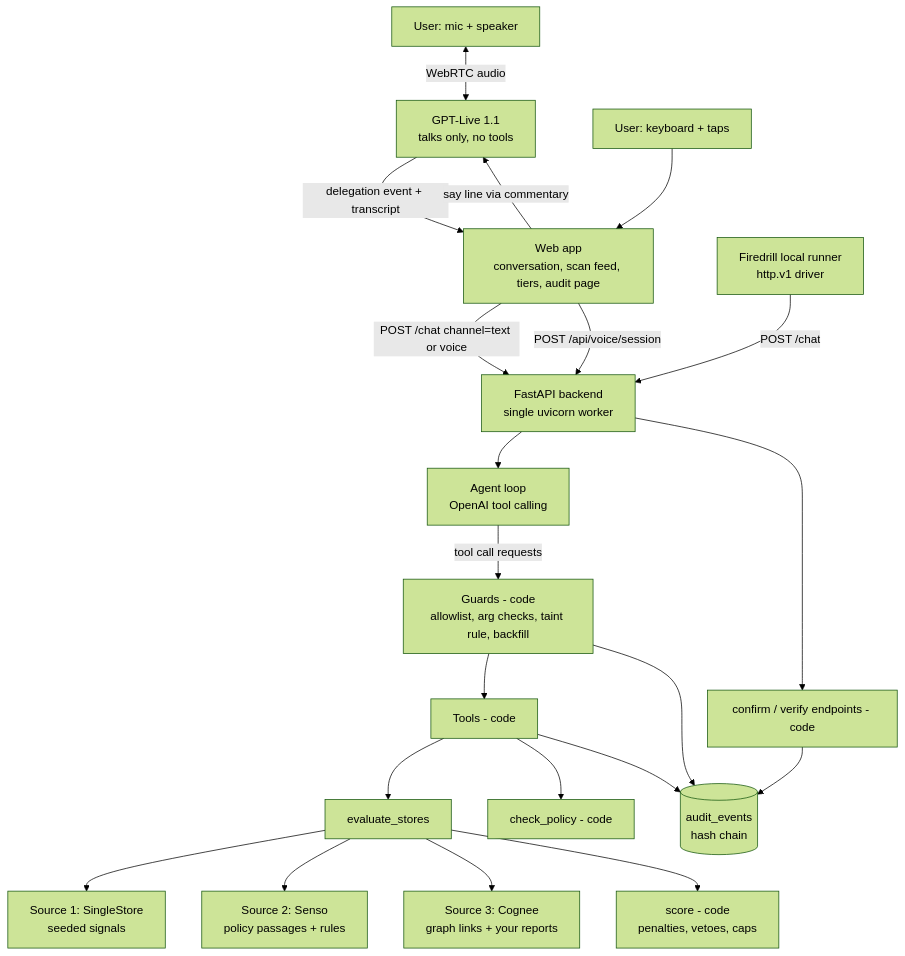
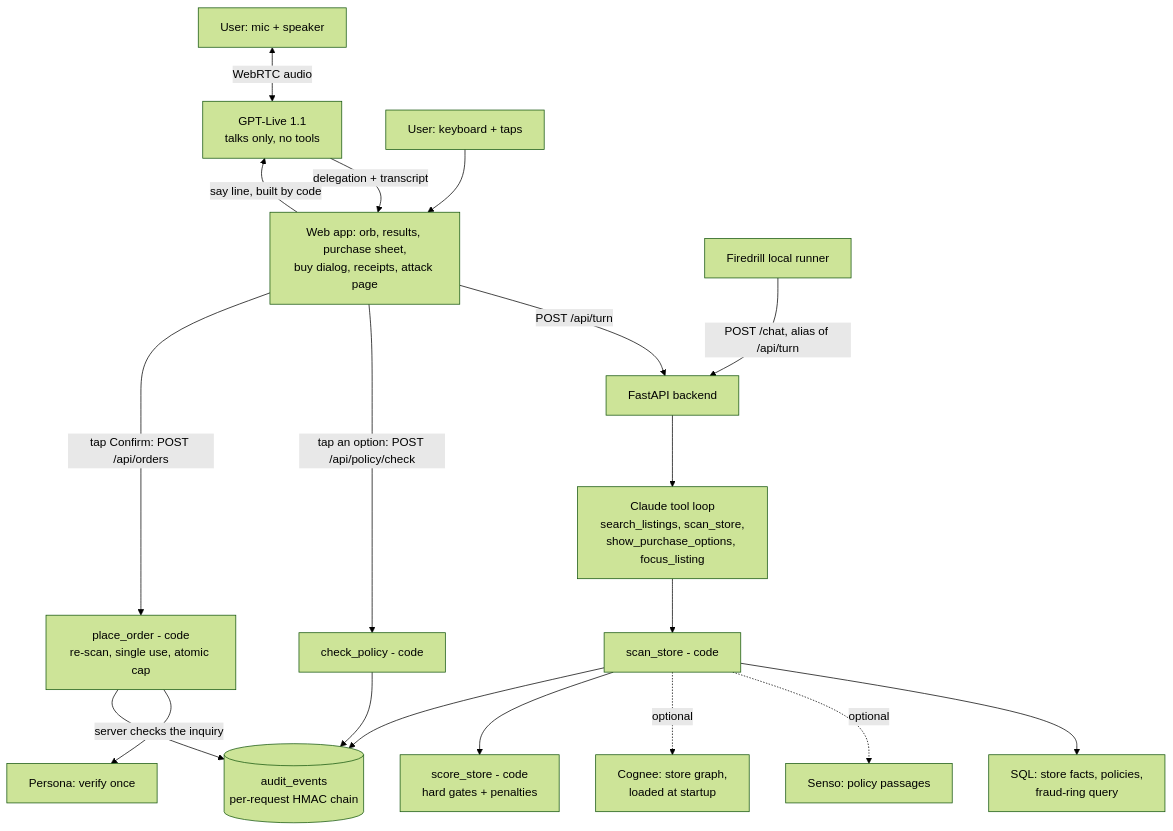
One commit to darren2812/secure-shop-agent changed the diagram in secure-shopping-agent-plan.md. Above: the diagram before and after it, drawn with Mermaid (forest theme). The commit also changed other lines of this file, not shown here.

````diff
--- a/secure-shopping-agent-plan.md
+++ b/secure-shopping-agent-plan.md
@@ -43,23 +51,21 @@
 ```mermaid
 flowchart TD
     MIC[User: mic + speaker] <-->|WebRTC audio| LIVE[GPT-Live 1.1<br/>talks only, no tools]
-    LIVE -->|delegation event + transcript| UI
-    UI -->|say line via commentary| LIVE
+    LIVE -->|delegation + transcript| UI
+    UI -->|say line, built by code| LIVE
     KB[User: keyboard + taps] --> UI
-    UI[Web app<br/>conversation, scan feed, tiers, audit page] -->|POST /chat channel=text or voice| API[FastAPI backend<br/>single uvicorn worker]
-    UI -->|POST /api/voice/session| API
-    FD[Firedrill local runner<br/>http.v1 driver] -->|POST /chat| API
-    API --> AGENT[Agent loop<br/>OpenAI tool calling]
-    AGENT -->|tool call requests| GUARDS[Guards - code<br/>allowlist, arg checks, taint rule, backfill]
-    GUARDS --> TOOLS[Tools - code]
-    TOOLS --> EVAL[evaluate_stores]
-    EVAL --> SRC1[Source 1: SingleStore<br/>seeded signals]
-    EVAL --> SRC2[Source 2: Senso<br/>policy passages + rules]
-    EVAL --> SRC3[Source 3: Cognee<br/>graph links + your reports]
-    EVAL --> SCORE[score - code<br/>penalties, vetoes, caps]
-    TOOLS --> POLICY[check_policy - code]
-    API --> BUY[confirm / verify endpoints - code]
-    GUARDS --> AUDIT[(audit_events<br/>hash chain)]
-    TOOLS --> AUDIT
-    BUY --> AUDIT
+    UI[Web app: orb, results, purchase sheet,<br/>buy dialog, receipts, attack page] -->|POST /api/turn| API[FastAPI backend]
+    FD[Firedrill local runner] -->|POST /chat, alias of /api/turn| API
+    API --> CLAUDE[Claude tool loop<br/>search_listings, scan_store,<br/>show_purchase_options, focus_listing]
+    CLAUDE --> SCAN[scan_store - code]
+    SCAN --> SQL[SQL: store facts, policies,<br/>fraud-ring query]
+    SCAN -.->|optional| SENSO[Senso: policy passages]
+    SCAN -.->|optional| COGNEE[Cognee: store graph,<br/>loaded at startup]
+    SCAN --> SCORE[score_store - code<br/>hard gates + penalties]
+    UI -->|tap an option: POST /api/policy/check| POLICY[check_policy - code]
+    UI -->|tap Confirm: POST /api/orders| ORDER[place_order - code<br/>re-scan, single use, atomic cap]
+    ORDER -->|server checks the inquiry| PERSONA[Persona: verify once]
+    SCAN --> AUDIT[(audit_events<br/>per-request HMAC chain)]
+    POLICY --> AUDIT
+    ORDER --> AUDIT
 ```
````
